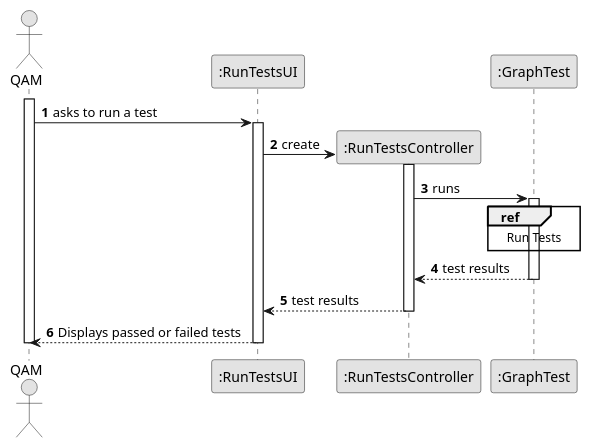
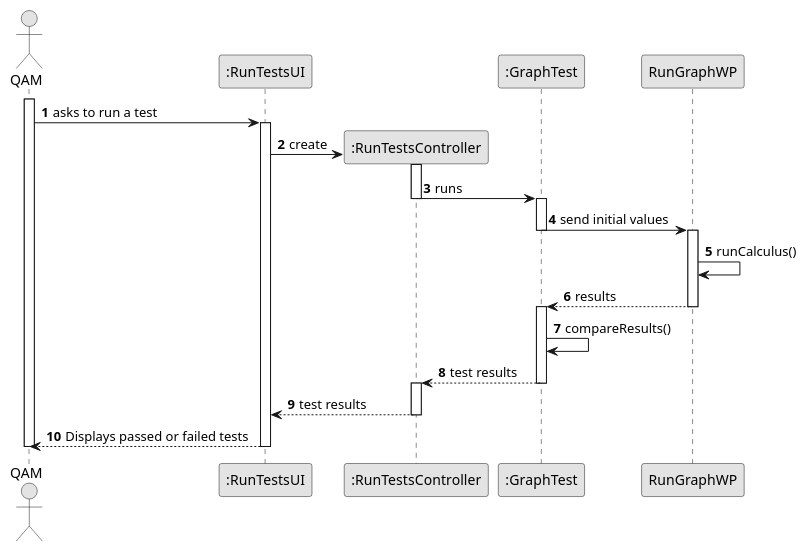
Before and after one commit to ricardomm7/leaflink: the diagram in docs/sprintB/us014/03.design/puml/us014-sequence-diagram-split.puml, drawn with PlantUML. The commit also changed 5 other files, not shown here.

```diff
--- a/docs/sprintB/us014/03.design/puml/us014-sequence-diagram-split.puml
+++ b/docs/sprintB/us014/03.design/puml/us014-sequence-diagram-split.puml
@@ -1,42 +1,54 @@
 @startuml
 skinparam monochrome true
 skinparam packageStyle rectangle
 skinparam shadowing false
 
 autonumber
 
 
 actor "QAM" as QAM
 participant ":RunTestsUI" as UI
 participant ":RunTestsController" as CTRL
 participant ":GraphTest" as Test
 activate QAM
 
         QAM -> UI : asks to run a test
 
         activate UI
 
 
             UI -> CTRL** : create
             activate CTRL
 
                 CTRL -> Test : runs
+                deactivate CTRL
                 activate Test
 
-                   ref over Test
-                        Run Tests
-                   end
+                    Test -> RunGraphWP: send initial values
+                    deactivate Test
+                activate RunGraphWP
 
+                    RunGraphWP -> RunGraphWP: runCalculus()
+                RunGraphWP --> Test : results
+                deactivate RunGraphWP
+                activate Test
+
+                Test -> Test : compareResults()
 
                 Test --> CTRL : test results
+                deactivate  Test
+
+                activate CTRL
             deactivate Test
 
             CTRL --> UI : test results
 
         deactivate CTRL
 
     UI --> QAM : Displays passed or failed tests
     deactivate UI
 deactivate QAM
 
+
+
 @enduml
```
